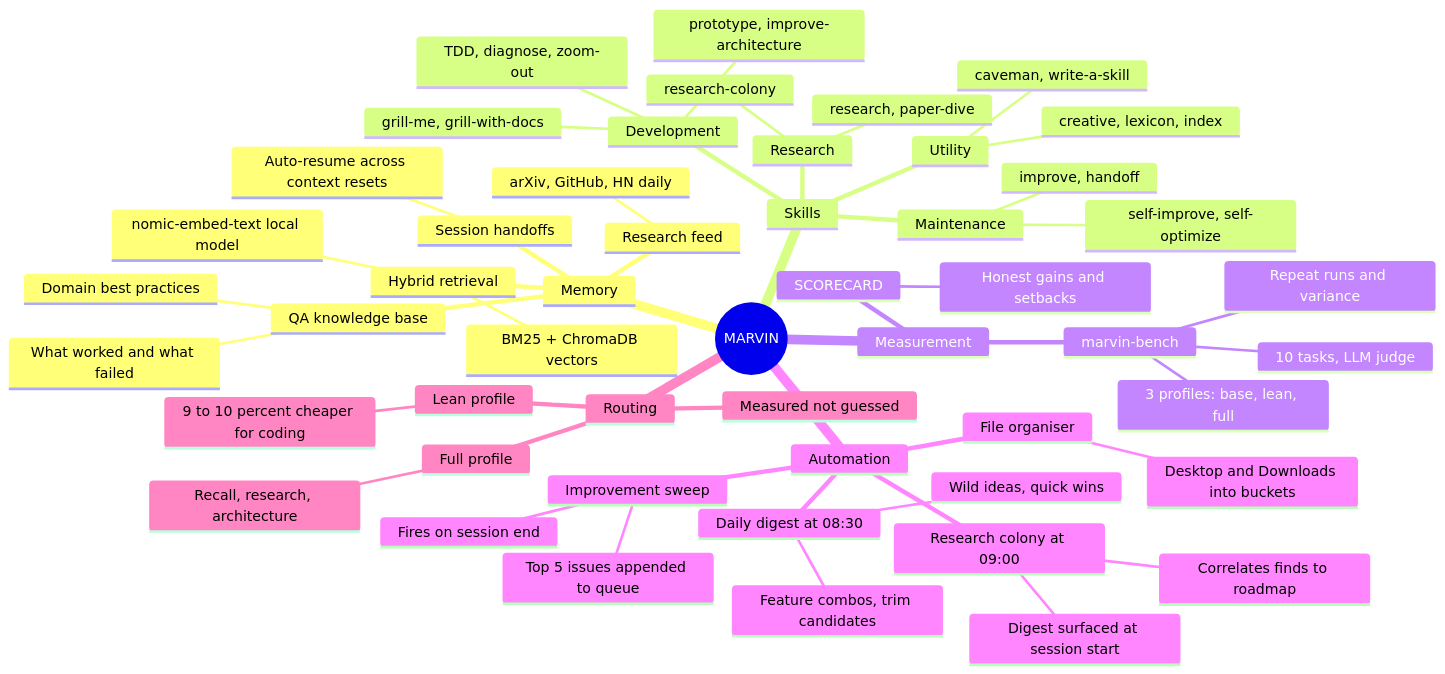
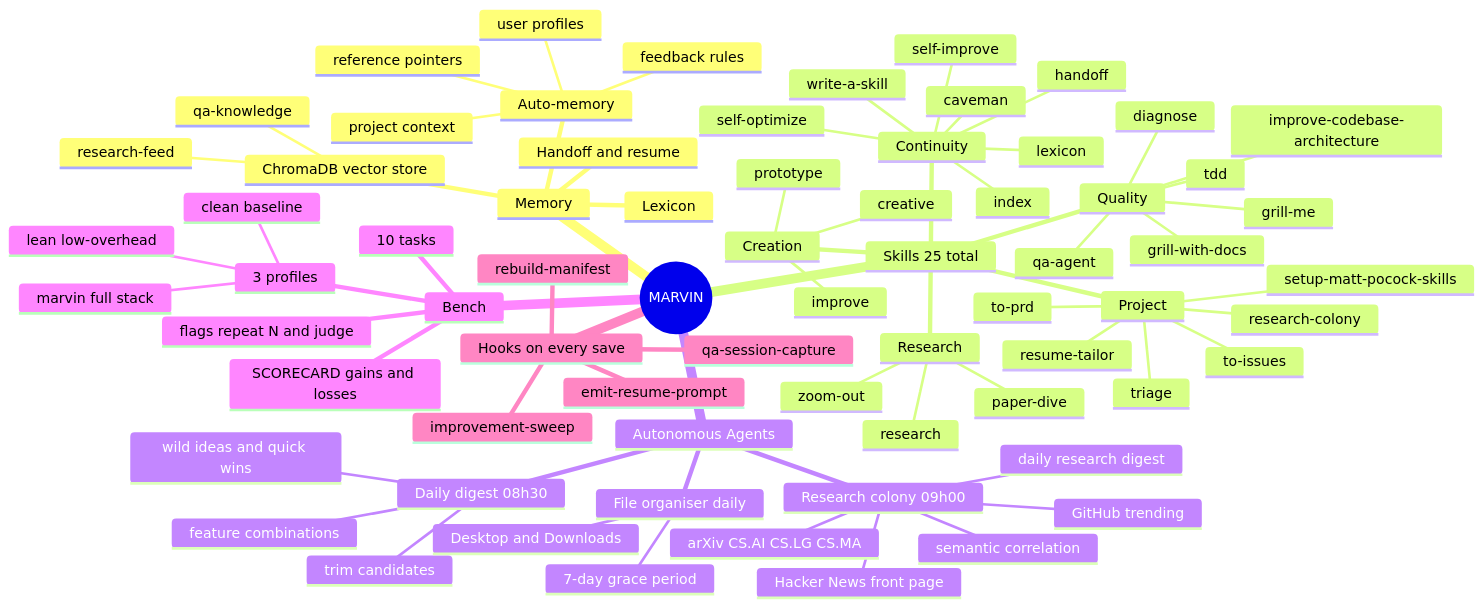
The diagram in README.md (G-Eskayo/marvin), drawn with Mermaid before and after one commit. The commit also changed other lines of this file, not shown here.

First line of the commit message:
docs: rewrite README with Mermaid mind map and full skills list

````diff
--- a/README.md
+++ b/README.md
@@ -14,54 +16,73 @@
 ```mermaid
 mindmap
   root((MARVIN))
     Memory
-      Hybrid retrieval
-        BM25 + ChromaDB vectors
-        nomic-embed-text local model
-      QA knowledge base
-        Domain best practices
-        What worked and what failed
-      Research feed
-        arXiv, GitHub, HN daily
-      Session handoffs
-        Auto-resume across context resets
-    Skills
-      Development
-        TDD, diagnose, zoom-out
-        grill-me, grill-with-docs
-        prototype, improve-architecture
+      ChromaDB vector store
+        qa-knowledge
+        research-feed
+      Auto-memory
+        user profiles
+        feedback rules
+        project context
+        reference pointers
+      Lexicon
+      Handoff and resume
+    Skills 25 total
+      Quality
+        diagnose
+        tdd
+        qa-agent
+        grill-me
+        grill-with-docs
+        improve-codebase-architecture
       Research
-        research, paper-dive
+        research
+        paper-dive
+        zoom-out
+      Creation
+        creative
+        prototype
+        improve
+      Continuity
+        handoff
+        index
+        self-improve
+        self-optimize
+        write-a-skill
+        caveman
+        lexicon
+      Project
+        setup-matt-pocock-skills
+        triage
+        to-issues
+        to-prd
+        resume-tailor
         research-colony
-      Maintenance
-        improve, handoff
-        self-improve, self-optimize
-      Utility
-        creative, lexicon, index
-        caveman, write-a-skill
-    Measurement
-      marvin-bench
-        3 profiles: base, lean, full
-        10 tasks, LLM judge
-        Repeat runs and variance
-      SCORECARD
-        Honest gains and setbacks
-    Automation
-      Daily digest at 08:30
-        Feature combos, trim candidates
-        Wild ideas, quick wins
-      Research colony at 09:00
-        Correlates finds to roadmap
-        Digest surfaced at session start
-      Improvement sweep
-        Fires on session end
-        Top 5 issues appended to queue
-      File organiser
-        Desktop and Downloads into buckets
-    Routing
-      Lean profile
-        9 to 10 percent cheaper for coding
-      Full profile
-        Recall, research, architecture
-      Measured not guessed
+    Autonomous Agents
+      Daily digest 08h30
+        feature combinations
+        trim candidates
+        wild ideas and quick wins
+      Research colony 09h00
+        arXiv CS.AI CS.LG CS.MA
+        GitHub trending
+        Hacker News front page
+        semantic correlation
+        daily research digest
+      File organiser daily
+        Desktop and Downloads
+        7-day grace period
+    Bench
+      10 tasks
+      3 profiles
+        clean baseline
+        lean low-overhead
+        marvin full stack
+      flags repeat N and judge
+      SCORECARD gains and losses
+    Hooks on every save
+      rebuild-manifest
+      emit-resume-prompt
+      qa-session-capture
+      improvement-sweep
 ```
````
